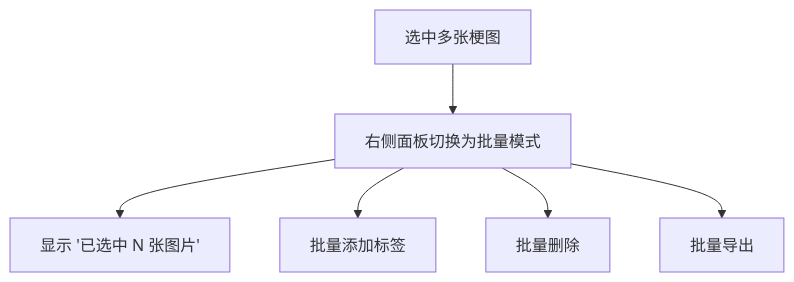
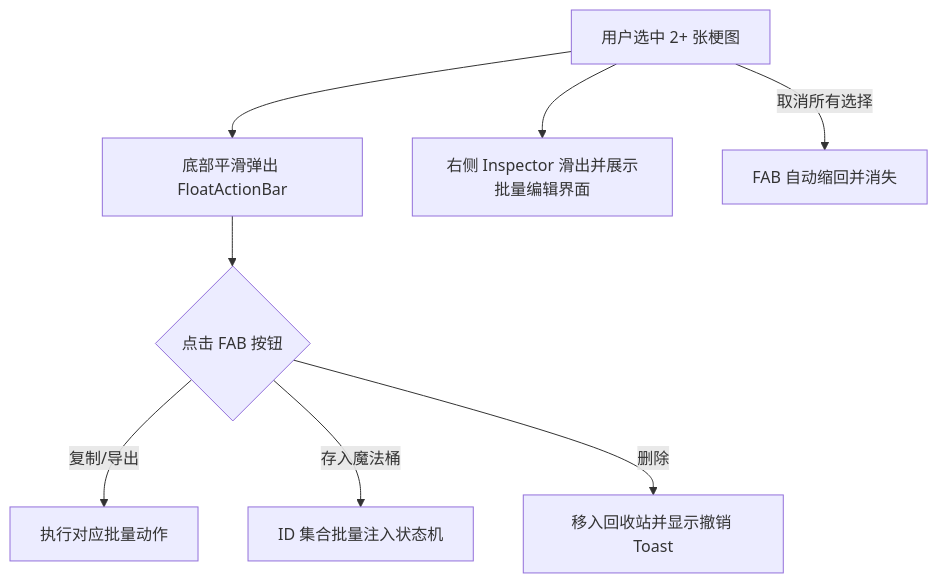
Before and after one commit to MintITes/QuickMemes: the eighth of 14 diagrams in docs/UI/interactions.md, drawn with Mermaid. The commit also changed other lines of this file and 10 other files, not shown here.

````diff
--- a/docs/UI/interactions.md
+++ b/docs/UI/interactions.md
@@ -188,8 +194,10 @@
 ```mermaid
 flowchart TD
-    A[选中多张梗图] --> B[右侧面板切换为批量模式]
-    B --> C["显示 '已选中 N 张图片'"]
-    B --> D[批量添加标签]
-    B --> E[批量删除]
-    B --> F[批量导出]
+    A[用户选中 2+ 张梗图] --> B[底部平滑弹出 FloatActionBar]
+    A --> C[右侧 Inspector 滑出并展示批量编辑界面]
+    B --> D{点击 FAB 按钮}
+    D -->|复制/导出| E[执行对应批量动作]
+    D -->|存入魔法桶| F[ID 集合批量注入状态机]
+    D -->|删除| G[移入回收站并显示撤销 Toast]
+    A -->|取消所有选择| H[FAB 自动缩回并消失]
 ```
````
